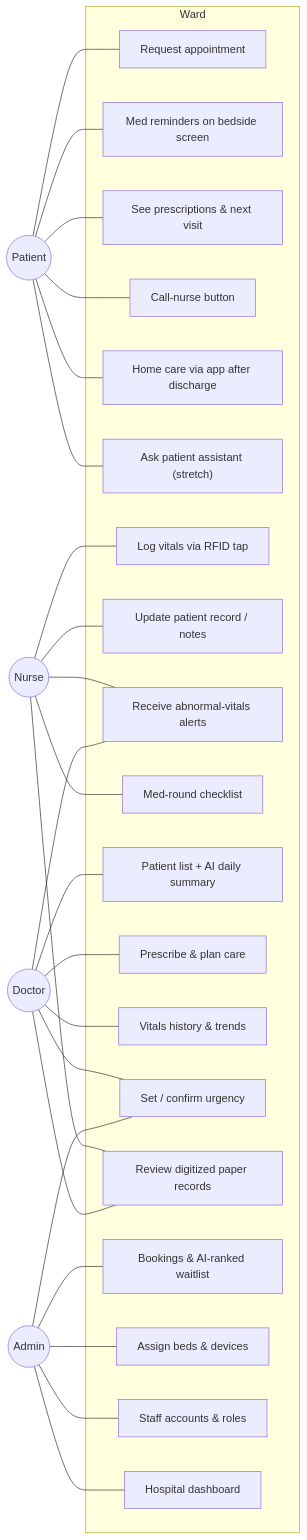
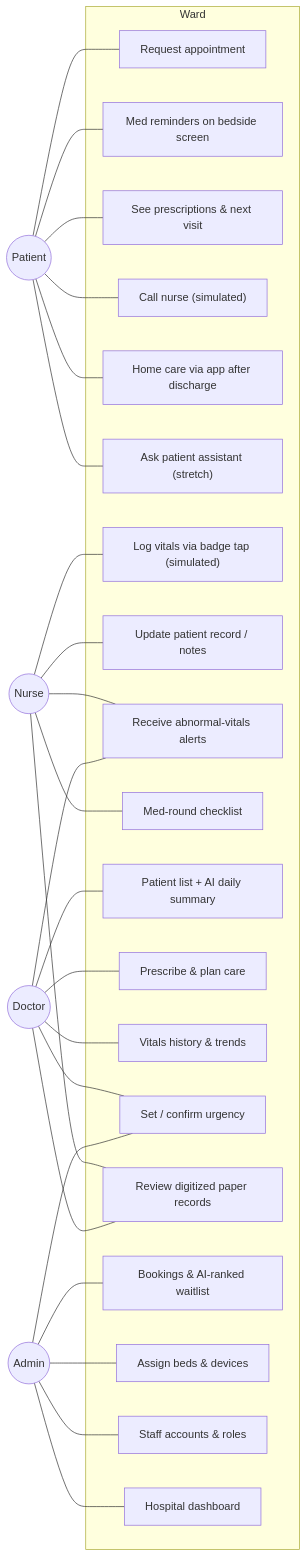
One commit to Faouzi-Blibech/smarty-hospital- changed the second of 5 diagrams in docs/architecture.md. Above: the diagram before and after it, drawn with Mermaid. The commit also changed other lines of this file and 9 other files, not shown here.

````diff
--- a/docs/architecture.md
+++ b/docs/architecture.md
@@ -76,34 +76,34 @@
 ```mermaid
 flowchart LR
   P(("Patient"))
   N(("Nurse"))
   D(("Doctor"))
   A(("Admin"))
 
   subgraph Ward
     UC1["Request appointment"]
     UC2["Med reminders on bedside screen"]
     UC3["See prescriptions & next visit"]
-    UC4["Call-nurse button"]
+    UC4["Call nurse (simulated)"]
     UC5["Home care via app after discharge"]
     UC6["Ask patient assistant (stretch)"]
-    UC7["Log vitals via RFID tap"]
+    UC7["Log vitals via badge tap (simulated)"]
     UC8["Update patient record / notes"]
     UC9["Receive abnormal-vitals alerts"]
     UC10["Med-round checklist"]
     UC11["Patient list + AI daily summary"]
     UC12["Prescribe & plan care"]
     UC13["Vitals history & trends"]
     UC14["Set / confirm urgency"]
     UC15["Review digitized paper records"]
     UC16["Bookings & AI-ranked waitlist"]
     UC17["Assign beds & devices"]
     UC18["Staff accounts & roles"]
     UC19["Hospital dashboard"]
   end
 
   P --- UC1 & UC2 & UC3 & UC4 & UC5 & UC6
   N --- UC7 & UC8 & UC9 & UC10 & UC15
   D --- UC11 & UC12 & UC13 & UC14 & UC15 & UC9
   A --- UC16 & UC17 & UC18 & UC19 & UC14
 ```
````
